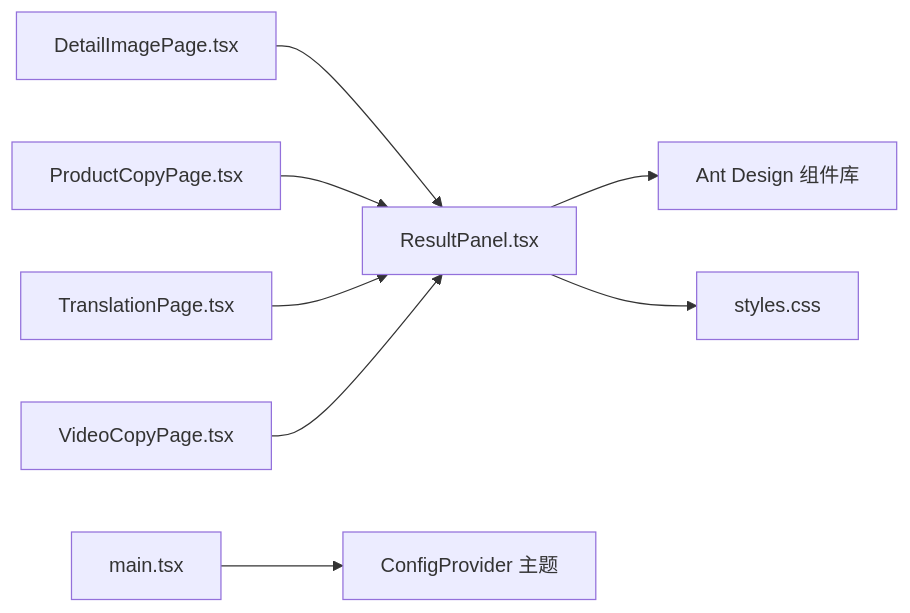
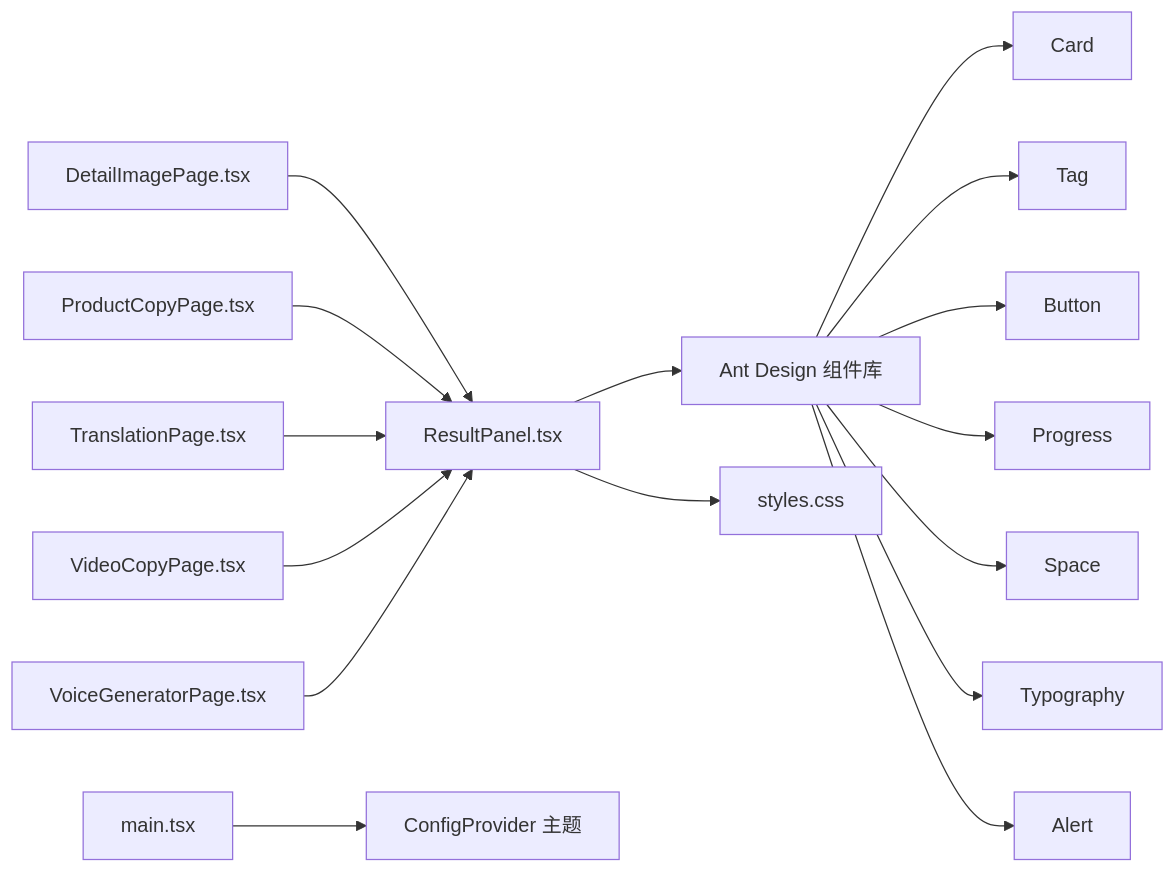
One commit to hanksd769-droid/sailshub changed the fourth of 4 diagrams in .qoder/repowiki/zh/content/前端组件架构/UI 组件.md. Above: the diagram before and after it, drawn with Mermaid. The commit also changed other lines of this file and 2 other files, not shown here.

````diff
--- a/.qoder/repowiki/zh/content/前端组件架构/UI 组件.md
+++ b/.qoder/repowiki/zh/content/前端组件架构/UI 组件.md
@@ -264,10 +310,18 @@
 ```mermaid
 graph LR
 RP["ResultPanel.tsx"] --> AD["Ant Design 组件库"]
+AD --> CARD["Card"]
+AD --> TAG["Tag"]
+AD --> BUTTON["Button"]
+AD --> PROGRESS["Progress"]
+AD --> SPACE["Space"]
+AD --> TYPOGRAPHY["Typography"]
+AD --> ALERT["Alert"]
 MAIN["main.tsx"] --> THEME["ConfigProvider 主题"]
 PAGE1["DetailImagePage.tsx"] --> RP
 PAGE2["ProductCopyPage.tsx"] --> RP
 PAGE3["TranslationPage.tsx"] --> RP
 PAGE4["VideoCopyPage.tsx"] --> RP
+PAGE5["VoiceGeneratorPage.tsx"] --> RP
 RP --> CSS["styles.css"]
 ```
````
